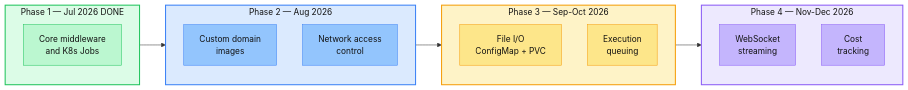
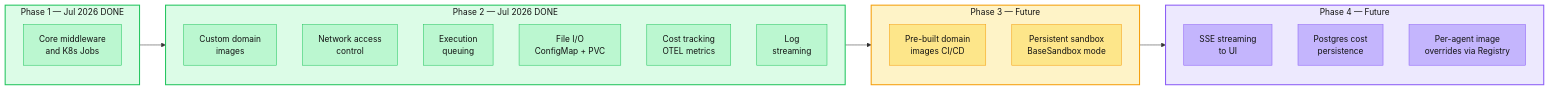
Before and after one commit to redhat-data-and-ai/template-agent: diagram 23 of 25 in docs/superpowers/specs/2026-07-13-code-execution-middleware-design.md, drawn with Mermaid.

Commit message:
fix(docs): update roadmap to reflect all 6 Phase 2 features as done

````diff
--- a/docs/superpowers/specs/2026-07-13-code-execution-middleware-design.md
+++ b/docs/superpowers/specs/2026-07-13-code-execution-middleware-design.md
@@ -1664,35 +1664,45 @@
 ```mermaid
 flowchart LR
     subgraph p1["Phase 1 — Jul 2026 DONE"]
         style p1 fill:#dcfce7,stroke:#22c55e,stroke-width:2px,color:#111
         P1A["Core middleware<br/>and K8s Jobs"]
     end
 
-    subgraph p2["Phase 2 — Aug 2026"]
-        style p2 fill:#dbeafe,stroke:#3b82f6,stroke-width:2px,color:#111
+    subgraph p2["Phase 2 — Jul 2026 DONE"]
+        style p2 fill:#dcfce7,stroke:#22c55e,stroke-width:2px,color:#111
         P2A["Custom domain<br/>images"]
         P2B["Network access<br/>control"]
+        P2C["Execution<br/>queuing"]
+        P2D["File I/O<br/>ConfigMap + PVC"]
+        P2E["Cost tracking<br/>OTEL metrics"]
+        P2F["Log<br/>streaming"]
     end
 
-    subgraph p3["Phase 3 — Sep-Oct 2026"]
+    subgraph p3["Phase 3 — Future"]
         style p3 fill:#fef3c7,stroke:#f59e0b,stroke-width:2px,color:#111
-        P3A["File I/O<br/>ConfigMap + PVC"]
-        P3B["Execution<br/>queuing"]
+        P3A["Pre-built domain<br/>images CI/CD"]
+        P3B["Persistent sandbox<br/>BaseSandbox mode"]
     end
 
-    subgraph p4["Phase 4 — Nov-Dec 2026"]
+    subgraph p4["Phase 4 — Future"]
         style p4 fill:#ede9fe,stroke:#8b5cf6,stroke-width:2px,color:#111
-        P4A["WebSocket<br/>streaming"]
-        P4B["Cost<br/>tracking"]
+        P4A["SSE streaming<br/>to UI"]
+        P4B["Postgres cost<br/>persistence"]
+        P4C["Per-agent image<br/>overrides via Registry"]
     end
 
     p1 --> p2 --> p3 --> p4
 
     style P1A fill:#bbf7d0,stroke:#22c55e,color:#111
-    style P2A fill:#93c5fd,stroke:#3b82f6,color:#111
-    style P2B fill:#93c5fd,stroke:#3b82f6,color:#111
+    style P2A fill:#bbf7d0,stroke:#22c55e,color:#111
+    style P2B fill:#bbf7d0,stroke:#22c55e,color:#111
+    style P2C fill:#bbf7d0,stroke:#22c55e,color:#111
+    style P2D fill:#bbf7d0,stroke:#22c55e,color:#111
+    style P2E fill:#bbf7d0,stroke:#22c55e,color:#111
+    style P2F fill:#bbf7d0,stroke:#22c55e,color:#111
     style P3A fill:#fde68a,stroke:#f59e0b,color:#111
     style P3B fill:#fde68a,stroke:#f59e0b,color:#111
     style P4A fill:#c4b5fd,stroke:#8b5cf6,color:#111
     style P4B fill:#c4b5fd,stroke:#8b5cf6,color:#111
+    style P4C fill:#c4b5fd,stroke:#8b5cf6,color:#111
 ```
````
